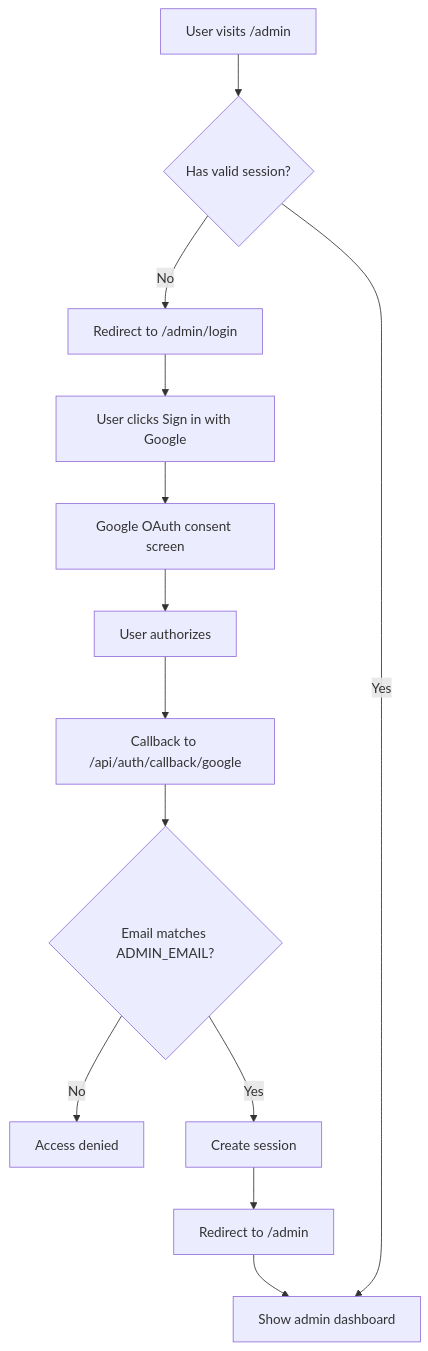
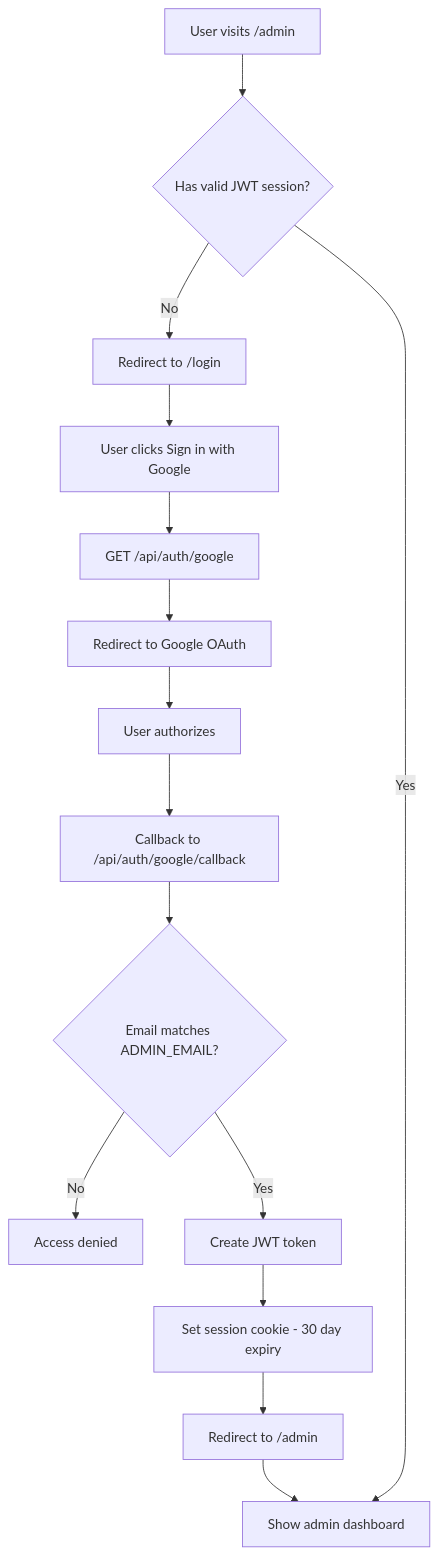
Before and after one commit to SHF13-OG/social-automation: the fifth of 5 diagrams in website/ARCHITECTURE.md, drawn with Mermaid. The commit also changed other lines of this file, not shown here.

First line of the commit message:
Update ARCHITECTURE.md for custom OAuth and testing

````diff
--- a/website/ARCHITECTURE.md
+++ b/website/ARCHITECTURE.md
@@ -329,17 +346,19 @@
 ```mermaid
 flowchart TD
-    A[User visits /admin] --> B{Has valid session?}
-    B -->|No| C[Redirect to /admin/login]
+    A[User visits /admin] --> B{Has valid JWT session?}
+    B -->|No| C[Redirect to /login]
     B -->|Yes| D[Show admin dashboard]
 
     C --> E[User clicks Sign in with Google]
-    E --> F[Google OAuth consent screen]
-    F --> G[User authorizes]
-    G --> H[Callback to /api/auth/callback/google]
+    E --> F[GET /api/auth/google]
+    F --> G[Redirect to Google OAuth]
+    G --> H[User authorizes]
+    H --> I[Callback to /api/auth/google/callback]
 
-    H --> I{Email matches ADMIN_EMAIL?}
-    I -->|No| J[Access denied]
-    I -->|Yes| K[Create session]
-    K --> L[Redirect to /admin]
-    L --> D
+    I --> J{Email matches ADMIN_EMAIL?}
+    J -->|No| K[Access denied]
+    J -->|Yes| L[Create JWT token]
+    L --> M[Set session cookie - 30 day expiry]
+    M --> N[Redirect to /admin]
+    N --> D
 ```
````
